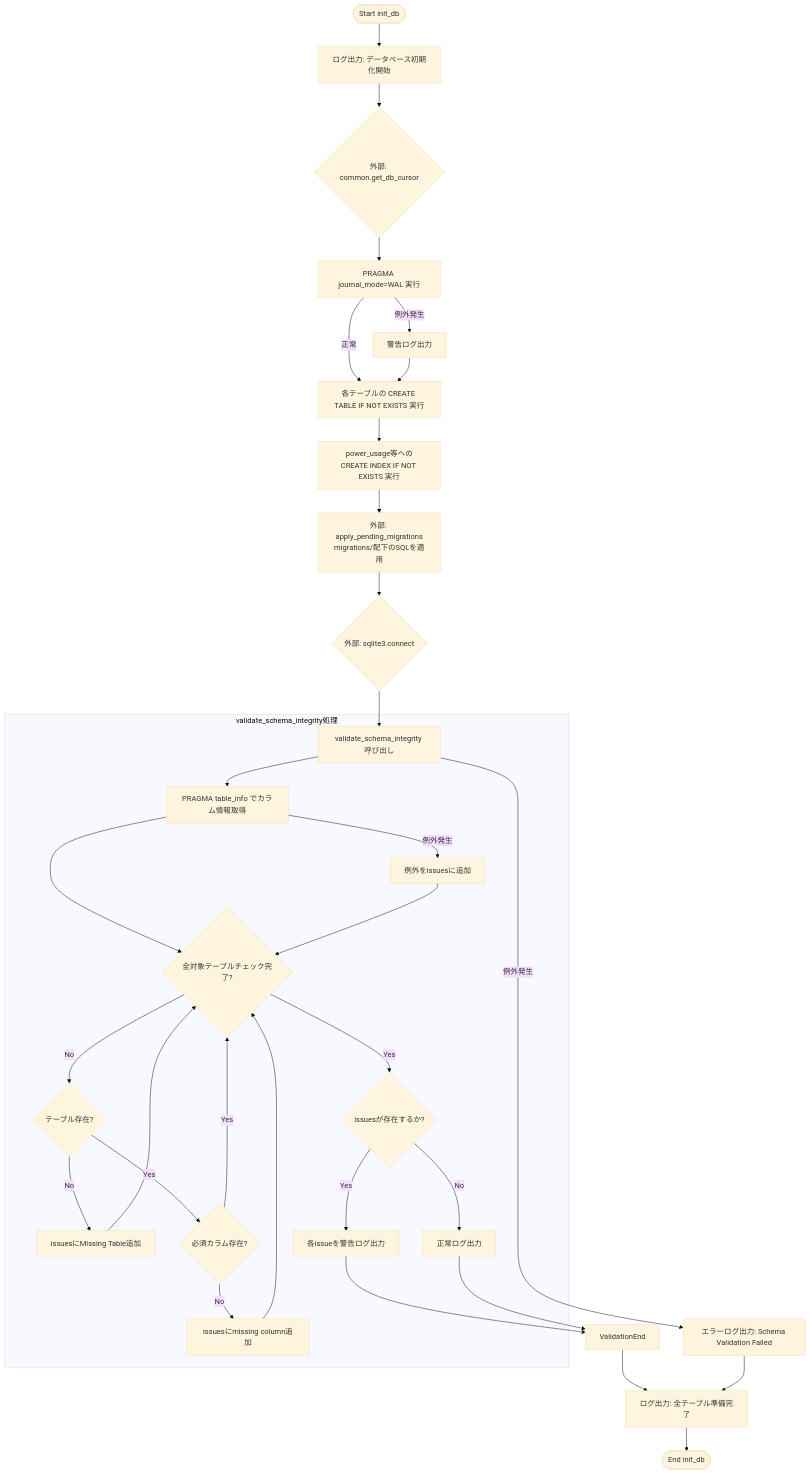
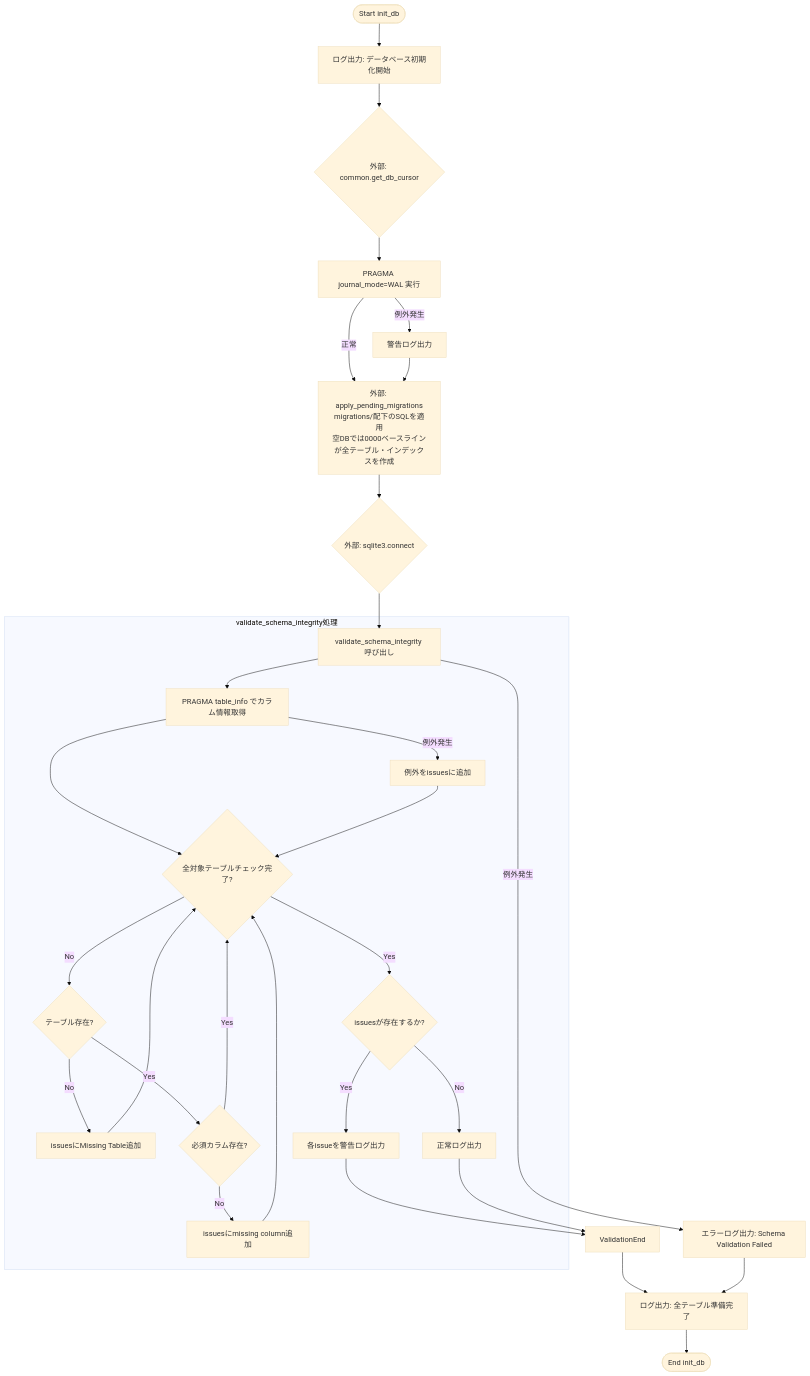
Before and after one commit to mmtigers/my_python_project: the first of 2 diagrams in docs/specifications/MY_HOME_SYSTEM/init_unified_db.md, drawn with Mermaid (base theme). The commit also changed other lines of this file and 11 other files, not shown here.

````diff
--- a/docs/specifications/MY_HOME_SYSTEM/init_unified_db.md
+++ b/docs/specifications/MY_HOME_SYSTEM/init_unified_db.md
@@ -104,38 +104,36 @@
 ```mermaid
 flowchart TD
     Start([Start init_db]) --> LogStart[ログ出力: データベース初期化開始]
     LogStart --> GetCursor{外部: common.get_db_cursor}
     GetCursor --> SetWAL[PRAGMA journal_mode=WAL 実行]
     SetWAL -- 例外発生 --> LogWALError[警告ログ出力]
-    SetWAL -- 正常 --> CreateTables[各テーブルの CREATE TABLE IF NOT EXISTS 実行]
-    LogWALError --> CreateTables
-    CreateTables --> CreateIndexes[power_usage等への<br>CREATE INDEX IF NOT EXISTS 実行]
-    CreateIndexes --> ApplyMigrations[外部: apply_pending_migrations<br>migrations/配下のSQLを適用]
+    SetWAL -- 正常 --> ApplyMigrations[外部: apply_pending_migrations<br>migrations/配下のSQLを適用<br>空DBでは0000ベースラインが全テーブル・インデックスを作成]
+    LogWALError --> ApplyMigrations
     ApplyMigrations --> ConnectDB{外部: sqlite3.connect}
     ConnectDB --> CallValidate[validate_schema_integrity 呼び出し]
     
     subgraph validate_schema_integrity処理
         CallValidate --> GetSchemaInfo[PRAGMA table_info でカラム情報取得]
         GetSchemaInfo --> CheckTables{全対象テーブルチェック完了?}
         CheckTables -- No --> TableExist{テーブル存在?}
         TableExist -- No --> AddIssueMissing[issuesにMissing Table追加]
         TableExist -- Yes --> ColExist{必須カラム存在?}
         ColExist -- No --> AddIssueCol[issuesにmissing column追加]
         ColExist -- Yes --> CheckTables
         AddIssueMissing --> CheckTables
         AddIssueCol --> CheckTables
         GetSchemaInfo -- 例外発生 --> CatchPragma[例外をissuesに追加] --> CheckTables
         CheckTables -- Yes --> HasIssue{issuesが存在するか?}
         HasIssue -- Yes --> LogWarning[各issueを警告ログ出力]
         HasIssue -- No --> LogInfo[正常ログ出力]
     end
     
     LogWarning --> ValidationEnd
     LogInfo --> ValidationEnd
     
     ValidationEnd --> LogComplete[ログ出力: 全テーブル準備完了]
     CallValidate -- 例外発生 --> CatchValErr[エラーログ出力: Schema Validation Failed]
     CatchValErr --> LogComplete
     LogComplete --> End([End init_db])
 
 ```
````
